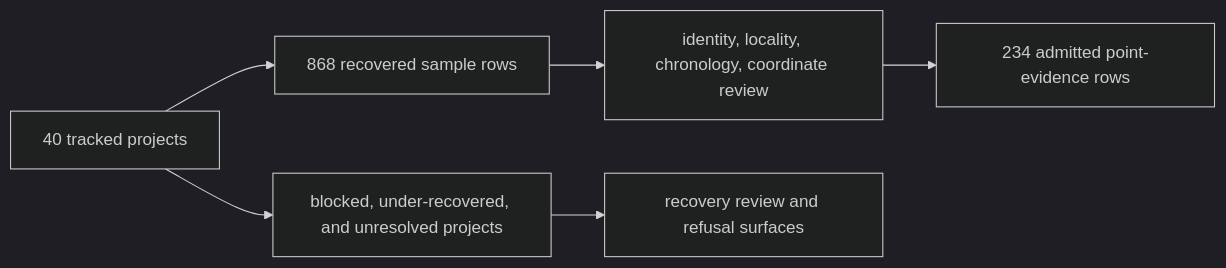
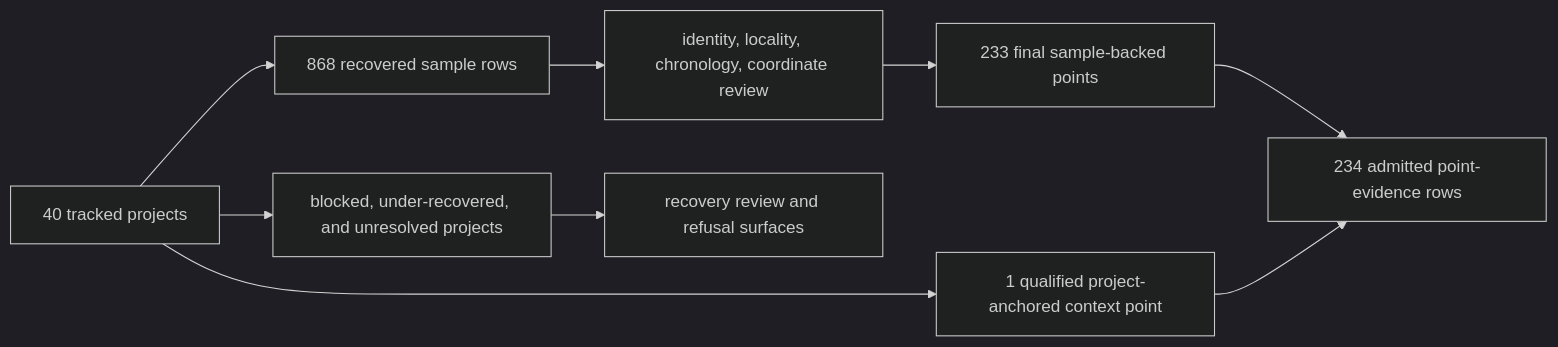
One commit to bijux/bijux-pollenomics changed the third of 3 diagrams in docs/public/pollenomics-data/overview/animal-ancient-dna-evidence.md. Above: the diagram before and after it, drawn with Mermaid (dark theme). The commit also changed other lines of this file and 2 other files, not shown here.

Commit message:
docs(adna): separate sample evidence from project context

````diff
--- a/docs/public/pollenomics-data/overview/animal-ancient-dna-evidence.md
+++ b/docs/public/pollenomics-data/overview/animal-ancient-dna-evidence.md
@@ -98,8 +115,11 @@
 ```mermaid
 flowchart LR
     Inventory["40 tracked projects"] --> Recovery["868 recovered sample rows"]
     Recovery --> Review["identity, locality, chronology, coordinate review"]
-    Review --> Points["234 admitted point-evidence rows"]
+    Review --> Samples["233 final sample-backed points"]
+    Inventory --> Context["1 qualified project-anchored context point"]
+    Samples --> Points["234 admitted point-evidence rows"]
+    Context --> Points
     Inventory --> Gaps["blocked, under-recovered, and unresolved projects"]
     Gaps --> Accountability["recovery review and refusal surfaces"]
 ```
````
